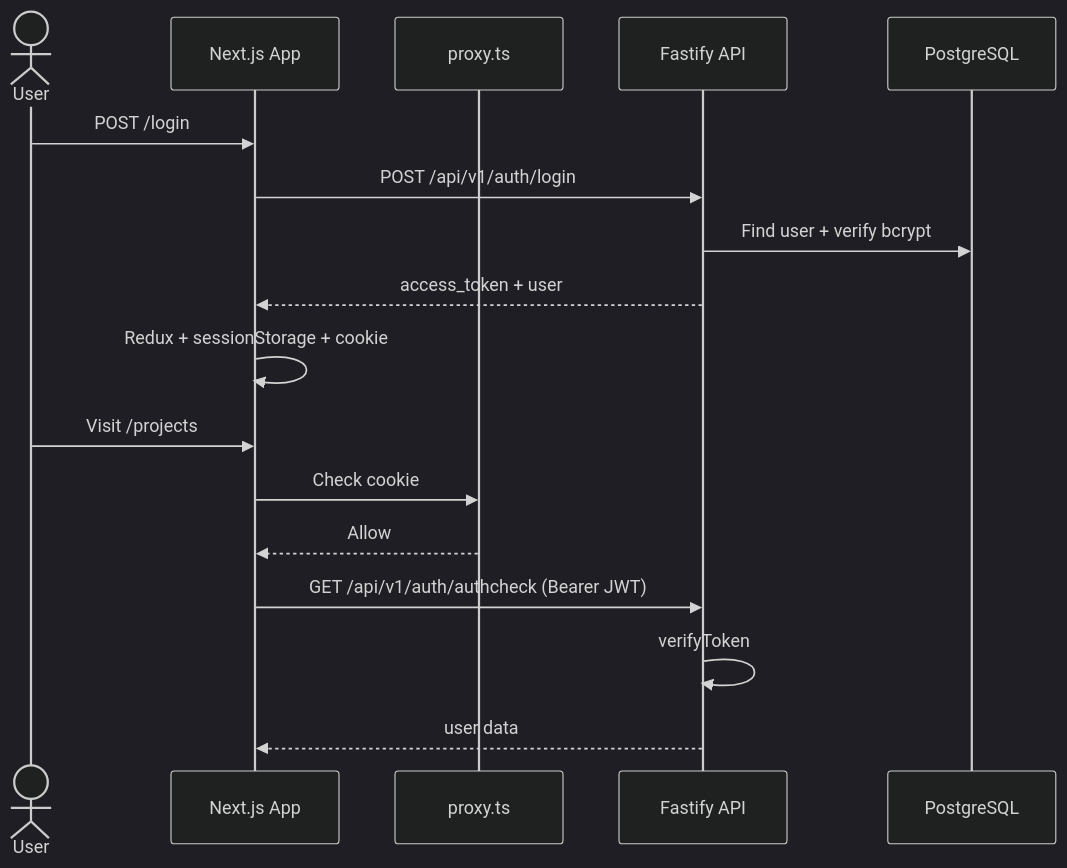
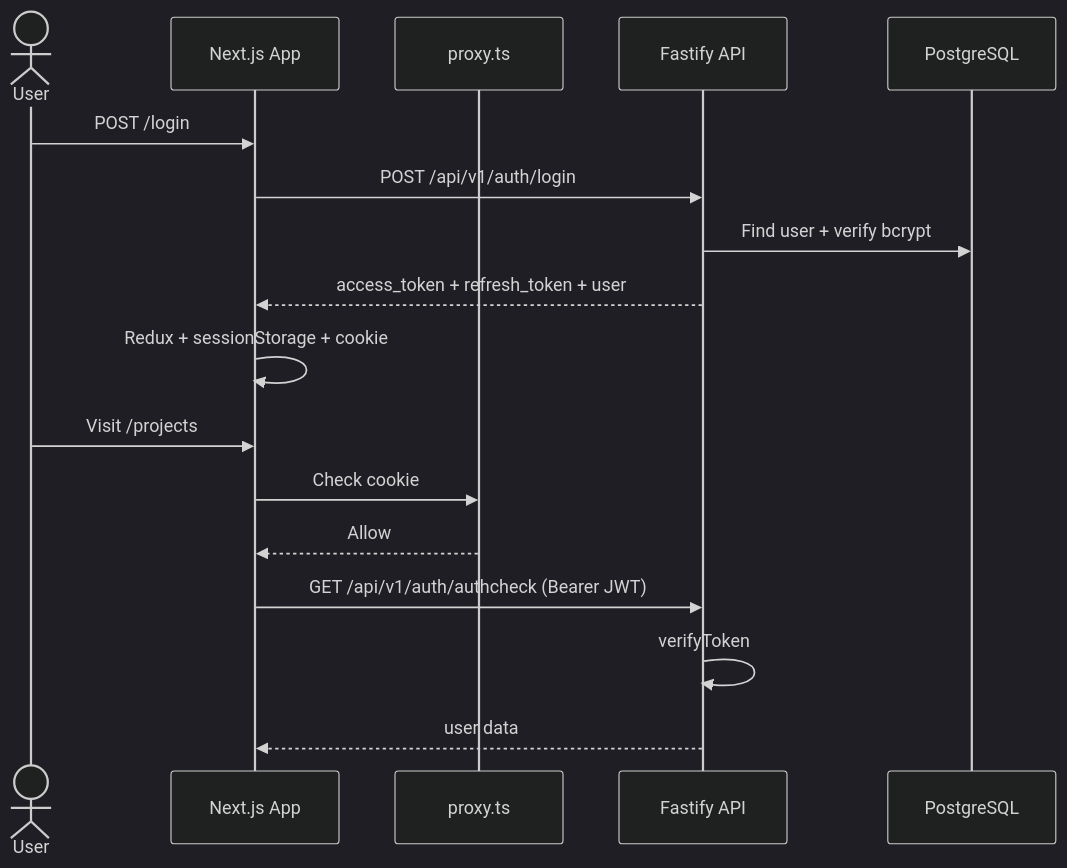
The first of 2 diagrams in doc/features/authentication.md (mansourhaa/matchyplus-site-test-front-end), drawn with Mermaid (dark theme) before and after one commit. The commit also changed other lines of this file and 12 other files, not shown here.

````diff
--- a/doc/features/authentication.md
+++ b/doc/features/authentication.md
@@ -7,20 +11,20 @@
 ```mermaid
 sequenceDiagram
     actor User
     participant App as Next.js App
     participant Proxy as proxy.ts
     participant API as Fastify API
     participant DB as PostgreSQL
 
     User->>App: POST /login
     App->>API: POST /api/v1/auth/login
     API->>DB: Find user + verify bcrypt
-    API-->>App: access_token + user
+    API-->>App: access_token + refresh_token + user
     App->>App: Redux + sessionStorage + cookie
     User->>App: Visit /projects
     App->>Proxy: Check cookie
     Proxy-->>App: Allow
     App->>API: GET /api/v1/auth/authcheck (Bearer JWT)
     API->>API: verifyToken
     API-->>App: user data
 ```
````
